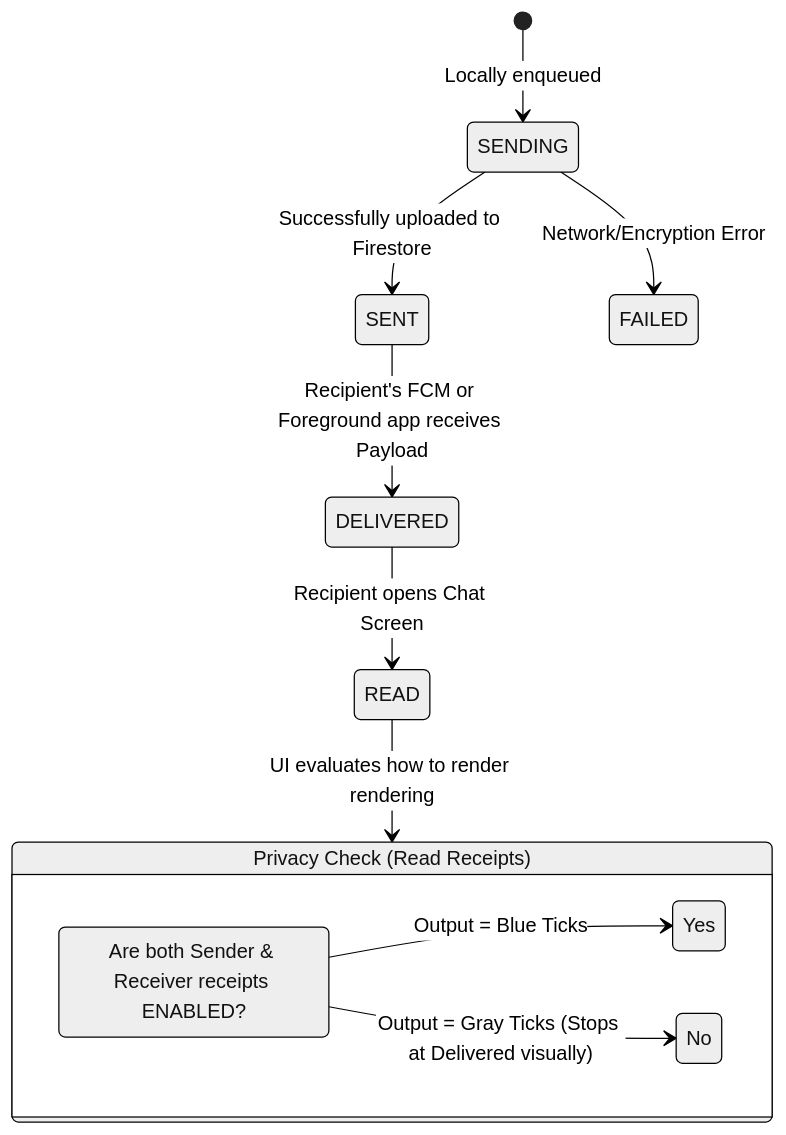
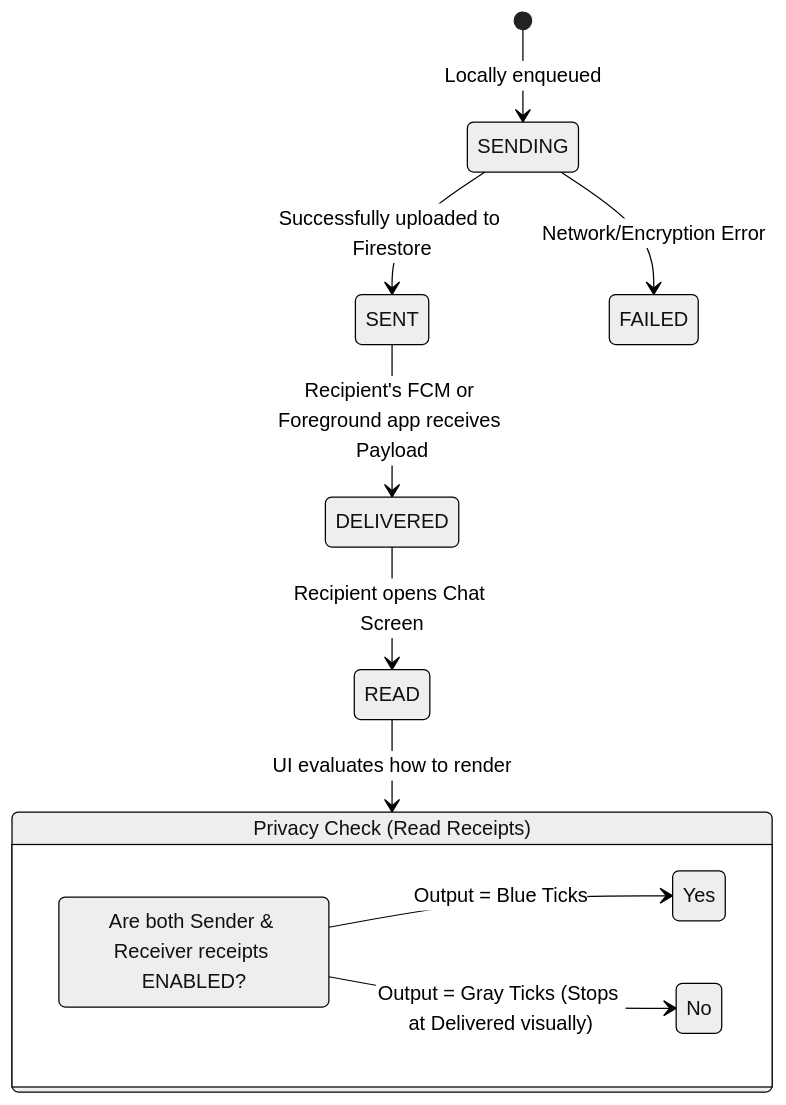
The fifth of 7 diagrams in docs/ARCHITECTURE.md (gomorra/fire-stream-chat), drawn with Mermaid (neutral theme) before and after one commit. The commit also changed other lines of this file and 15 other files, not shown here.

````diff
--- a/docs/ARCHITECTURE.md
+++ b/docs/ARCHITECTURE.md
@@ -207,18 +293,18 @@
 ```mermaid
 stateDiagram-v2
     [*] --> SENDING : Locally enqueued
     SENDING --> SENT : Successfully uploaded to Firestore
     SENDING --> FAILED : Network/Encryption Error
 
     SENT --> DELIVERED : Recipient's FCM or Foreground app receives Payload
     DELIVERED --> READ : Recipient opens Chat Screen
 
     state "Privacy Check (Read Receipts)" as PrivacyCheck {
         direction LR
         Check: Are both Sender & Receiver receipts ENABLED?
         Check --> Yes: Output = Blue Ticks
         Check --> No: Output = Gray Ticks (Stops at Delivered visually)
     }
 
-    READ --> PrivacyCheck : UI evaluates how to render rendering
+    READ --> PrivacyCheck : UI evaluates how to render
 ```
````
